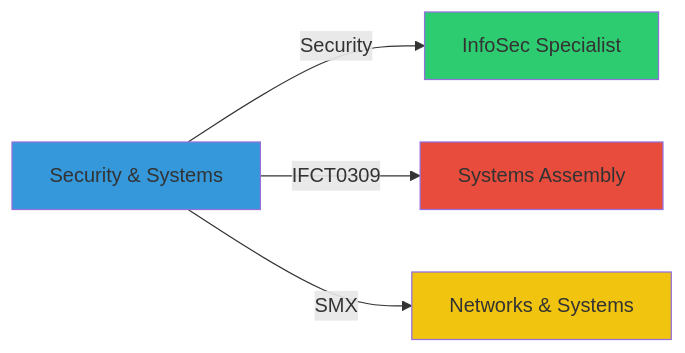
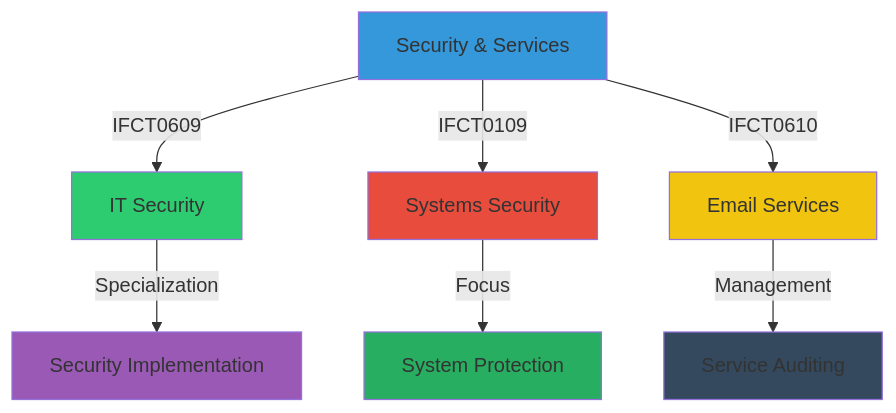
One commit to cescanue/cescanue changed the seventh of 13 diagrams in README.md. Above: the diagram before and after it, drawn with Mermaid. The commit also changed other lines of this file, not shown here.

````diff
--- a/README.md
+++ b/README.md
@@ -237,10 +246,16 @@
 ```mermaid
-graph LR
-    A[Security & Systems] -->|Security| B[InfoSec Specialist]
-    A -->|IFCT0309| C[Systems Assembly]
-    A -->|SMX| D[Networks & Systems]
+graph TB
+    A[Security & Services] -->|IFCT0609| B[IT Security]
+    A -->|IFCT0109| C[Systems Security]
+    A -->|IFCT0610| D[Email Services]
+    B -->|Specialization| E[Security Implementation]
+    C -->|Focus| F[System Protection]
+    D -->|Management| G[Service Auditing]
     style A fill:#3498db
     style B fill:#2ecc71
     style C fill:#e74c3c
     style D fill:#f1c40f
+    style E fill:#9b59b6
+    style F fill:#27ae60
+    style G fill:#34495e
 ```
````
